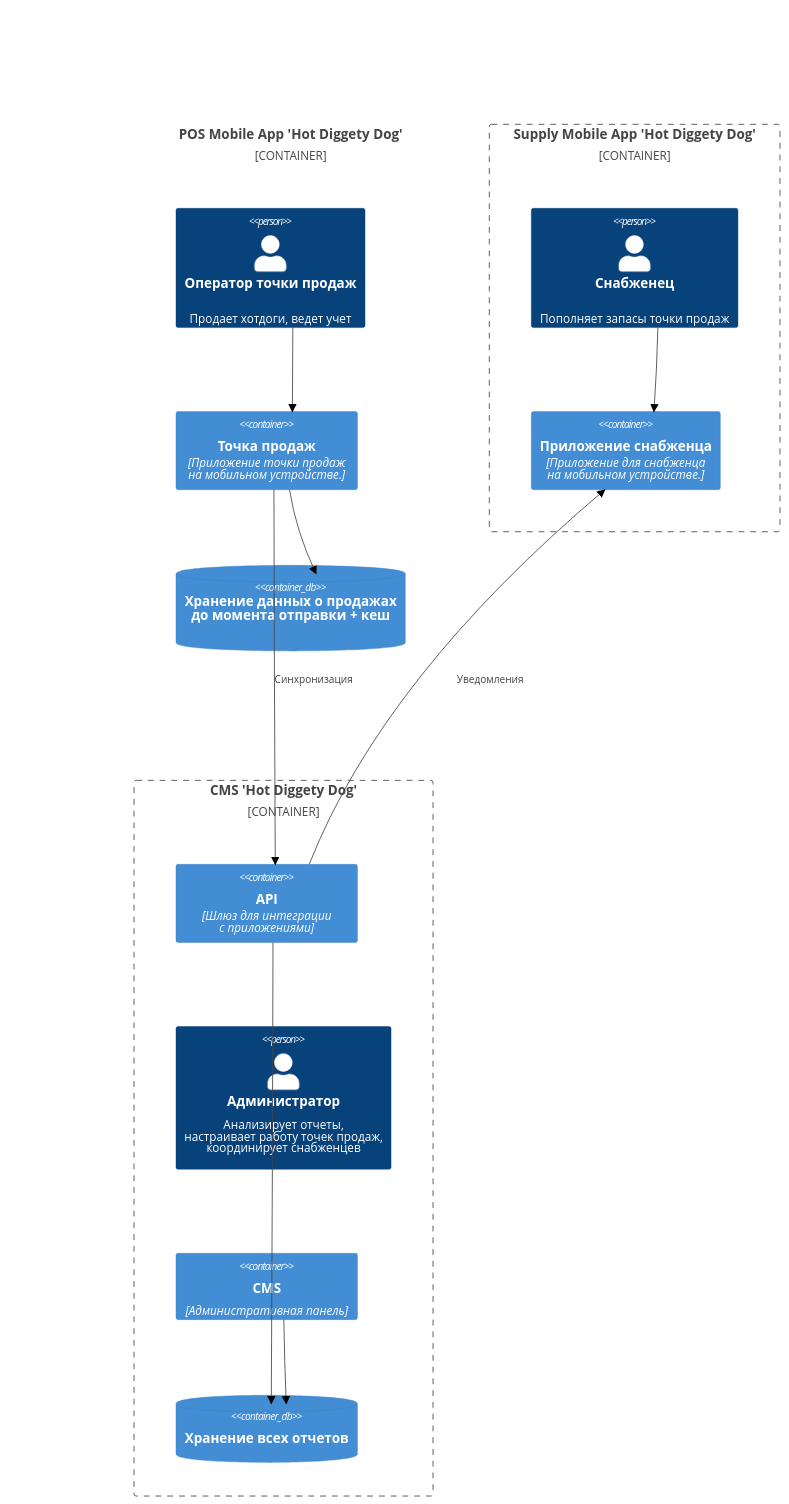
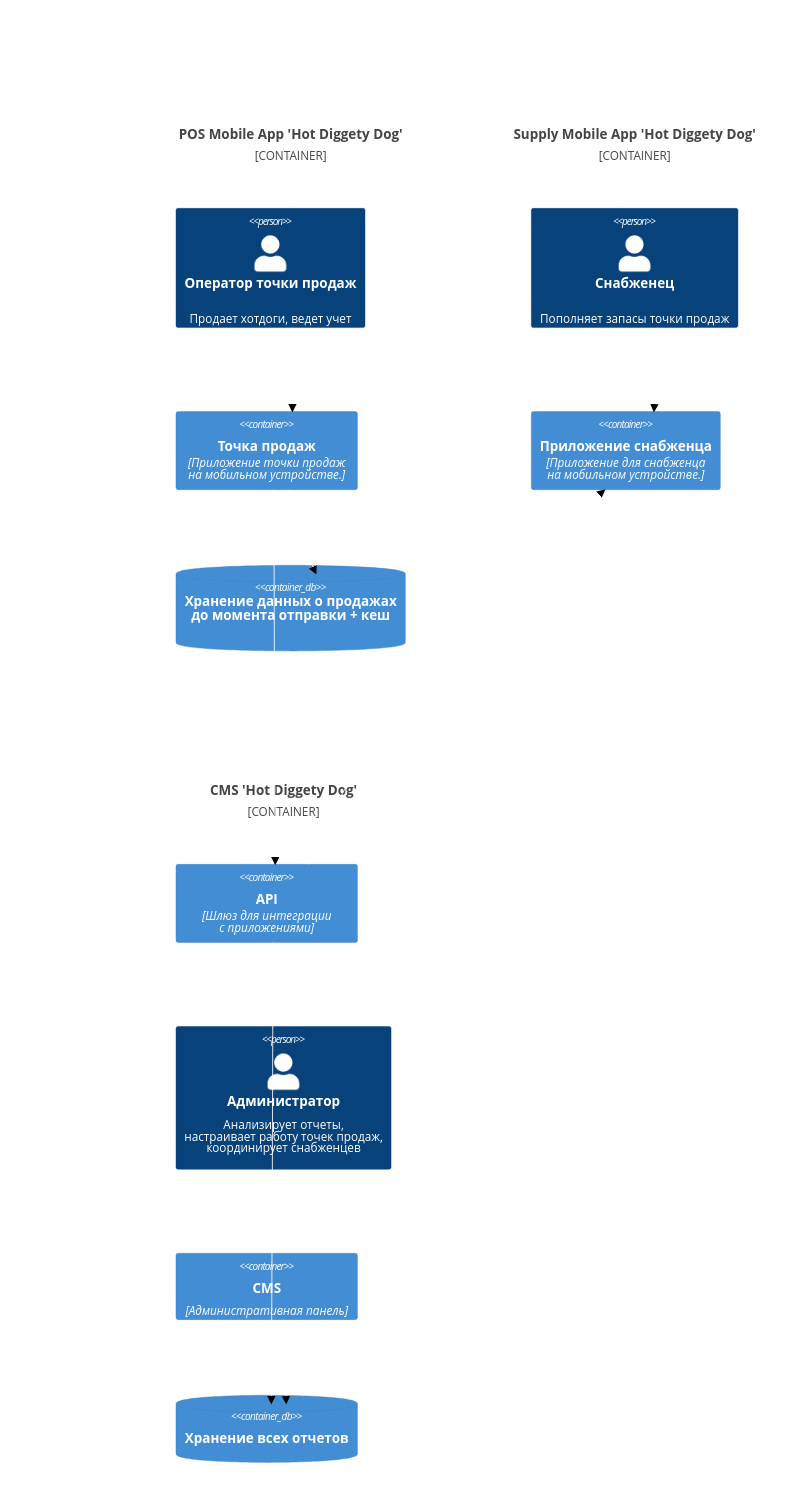
One commit to ContinentalGuy/otus-arch changed the diagram in homeworks/october/1/homework.md. Above: the diagram before and after it, drawn with Mermaid (forest theme).

Commit message:
[4]L upd style

````diff
--- a/homeworks/october/1/homework.md
+++ b/homeworks/october/1/homework.md
@@ -43,32 +43,42 @@
 ```mermaid
 C4Context
     Container_Boundary(pos_app_b, "POS Mobile App 'Hot Diggety Dog'") {
         Person(seller, "Оператор точки продаж", "Продает хотдоги, ведет учет")
         Container(pos_app, "Точка продаж", "Приложение точки продаж <br> на мобильном устройстве.")
         ContainerDb(pos_db, "Хранение данных о продажах <br> до момента отправки + кеш")
     }
 
     Rel(seller, pos_app, "")
     Rel(pos_app, pos_db, "")
 
     Container_Boundary(supply_app_b, "Supply Mobile App 'Hot Diggety Dog'") {
         Person(supplyer, "Снабженец", "Пополняет запасы точки продаж")
         Container(supplyer_app, "Приложение снабженца", "Приложение для снабженца <br> на мобильном устройстве.")
     }
 
     Rel(supplyer, supplyer_app, "")
 
     Container_Boundary(cms_b, "CMS 'Hot Diggety Dog'") {
         Container(admin_api, "API", "Шлюз для интеграции <br> с приложениями")
         Person(admin, "Администратор", "Анализирует отчеты, <br> настраивает работу точек продаж, <br> координирует снабженцев")
         Container(admin_pannel, "CMS", "Административная панель")
         ContainerDb(admin_db, "Хранение всех отчетов")
     }
 
     Rel(admin_api, admin_db, "")
     Rel(admin_pannel, admin_db, "")
     Rel(pos_app, admin_api, "Синхронизация")
     Rel(admin_api, supplyer_app, "Уведомления")
 
-     UpdateElementStyle(pos_app_b, $borderColor="white", $fontColor="white")
+    UpdateElementStyle(pos_app_b, $borderColor="white", $fontColor="white")
+    UpdateElementStyle(supply_app_b, $borderColor="white", $fontColor="white")
+    UpdateElementStyle(cms_b, $borderColor="white", $fontColor="white")
+
+    UpdateRelStyle(seller, pos_app, $textColor="white", $lineColor="white")
+    UpdateRelStyle(pos_app, pos_db, $textColor="white", $lineColor="white")
+    UpdateRelStyle(supplyer, supplyer_app, $textColor="white", $lineColor="white")
+    UpdateRelStyle(admin_api, admin_db, $textColor="white", $lineColor="white")
+    UpdateRelStyle(admin_pannel, admin_db, $textColor="white", $lineColor="white")
+    UpdateRelStyle(pos_app, admin_api, $textColor="white", $lineColor="white")
+    UpdateRelStyle(admin_api, supplyer_app, $textColor="white", $lineColor="white")
 ```
````
